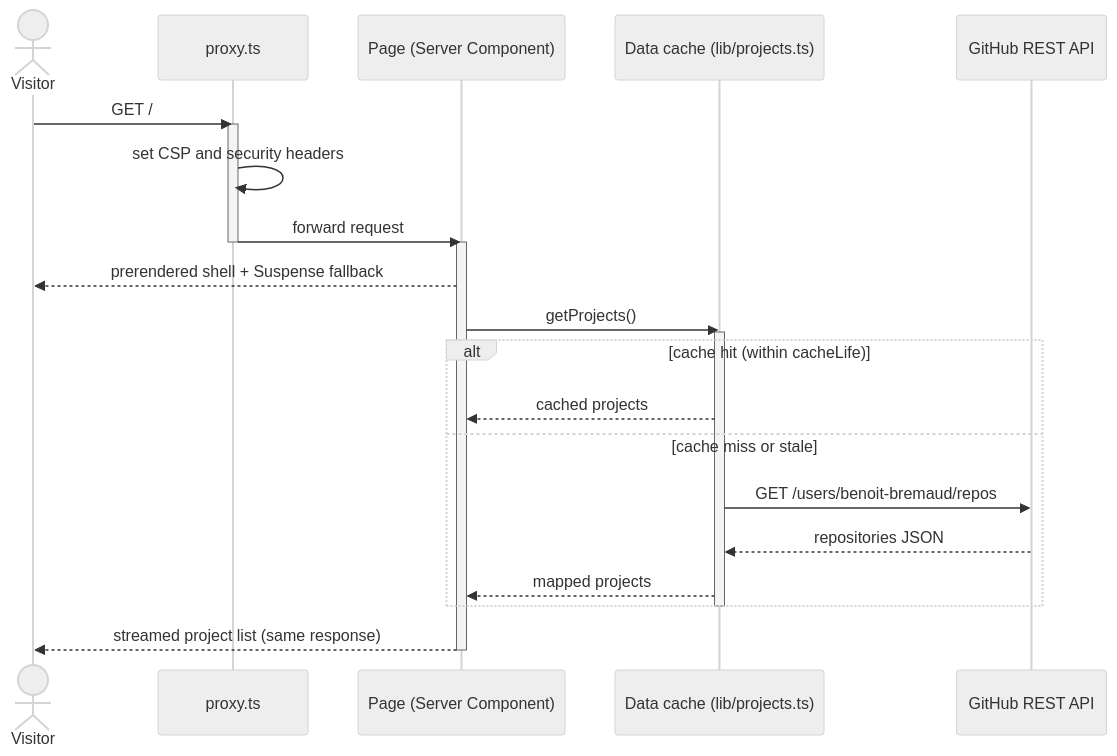
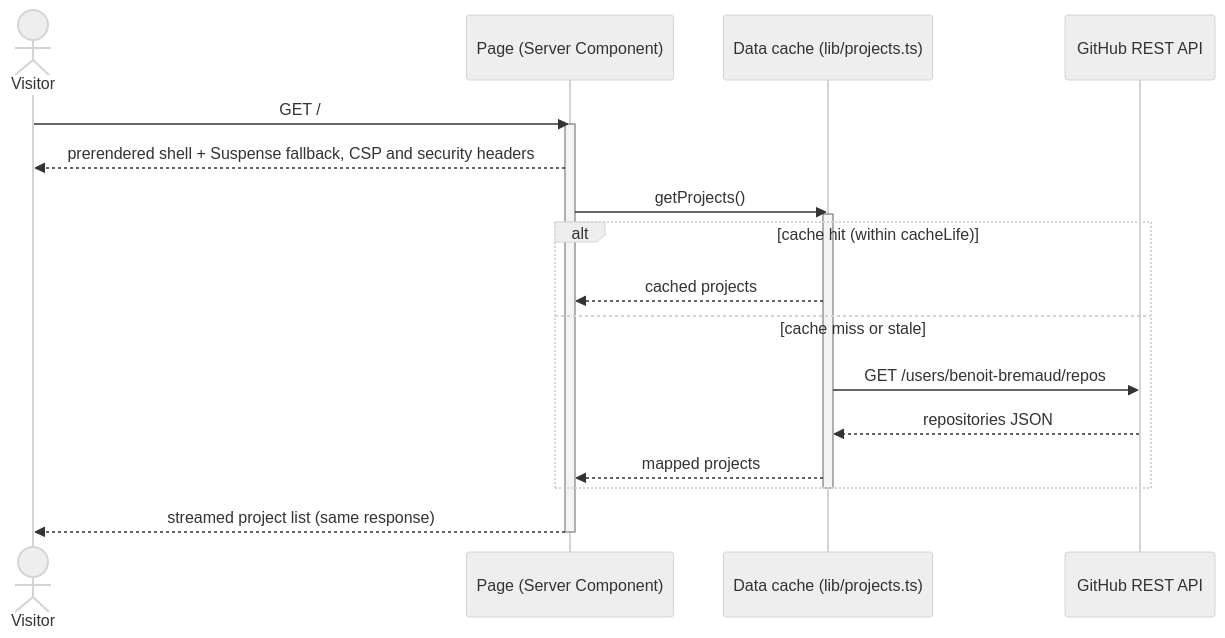
One commit to benoit-bremaud/nextjs-showcase changed the diagram in docs/architecture/diagrams/dashboard/03-sequence.md. Above: the diagram before and after it, drawn with Mermaid (neutral theme). The commit also changed other lines of this file and 7 other files, not shown here.

First line of the commit message:
feat(security): set the CSP and security headers compatible with Partial Prerendering

````diff
--- a/docs/architecture/diagrams/dashboard/03-sequence.md
+++ b/docs/architecture/diagrams/dashboard/03-sequence.md
@@ -7,27 +6,22 @@
 ```mermaid
 sequenceDiagram
   actor V as Visitor
-  participant P as proxy.ts
   participant R as Page (Server Component)
   participant D as Data cache (lib/projects.ts)
   participant G as GitHub REST API
-  V->>P: GET /
-  activate P
-  P->>P: set CSP and security headers
-  P->>R: forward request
-  deactivate P
+  V->>R: GET /
   activate R
-  R-->>V: prerendered shell + Suspense fallback
+  R-->>V: prerendered shell + Suspense fallback, CSP and security headers
   R->>D: getProjects()
   activate D
   alt cache hit (within cacheLife)
     D-->>R: cached projects
   else cache miss or stale
     D->>G: GET /users/benoit-bremaud/repos
     G-->>D: repositories JSON
     D-->>R: mapped projects
   end
   deactivate D
   R-->>V: streamed project list (same response)
   deactivate R
 ```
````
